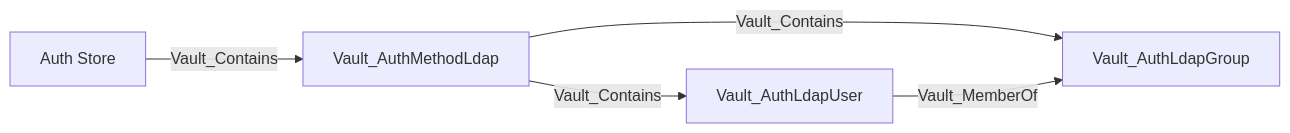
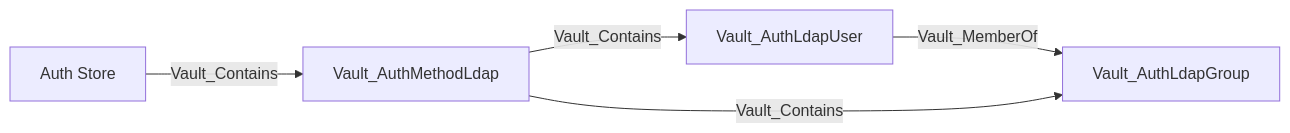
One commit to bytewreck/opengraph-vault changed diagram 16 of 28 in Documentation/stores/AUTH.md. Above: the diagram before and after it, drawn with Mermaid. The commit also changed other lines of this file, not shown here.

````diff
--- a/Documentation/stores/AUTH.md
+++ b/Documentation/stores/AUTH.md
@@ -488,7 +487,7 @@
 ```mermaid
 flowchart LR
     store[Auth Store] -->|Vault_Contains| method[Vault_AuthMethodLdap]
     method -->|Vault_Contains| user[Vault_AuthLdapUser]
-    method -->|Vault_Contains| group[Vault_AuthLdapGroup]
-    user -->|Vault_MemberOf| group
+    user -->|Vault_MemberOf| group[Vault_AuthLdapGroup]
+    method -->|Vault_Contains| group
 ```
````
